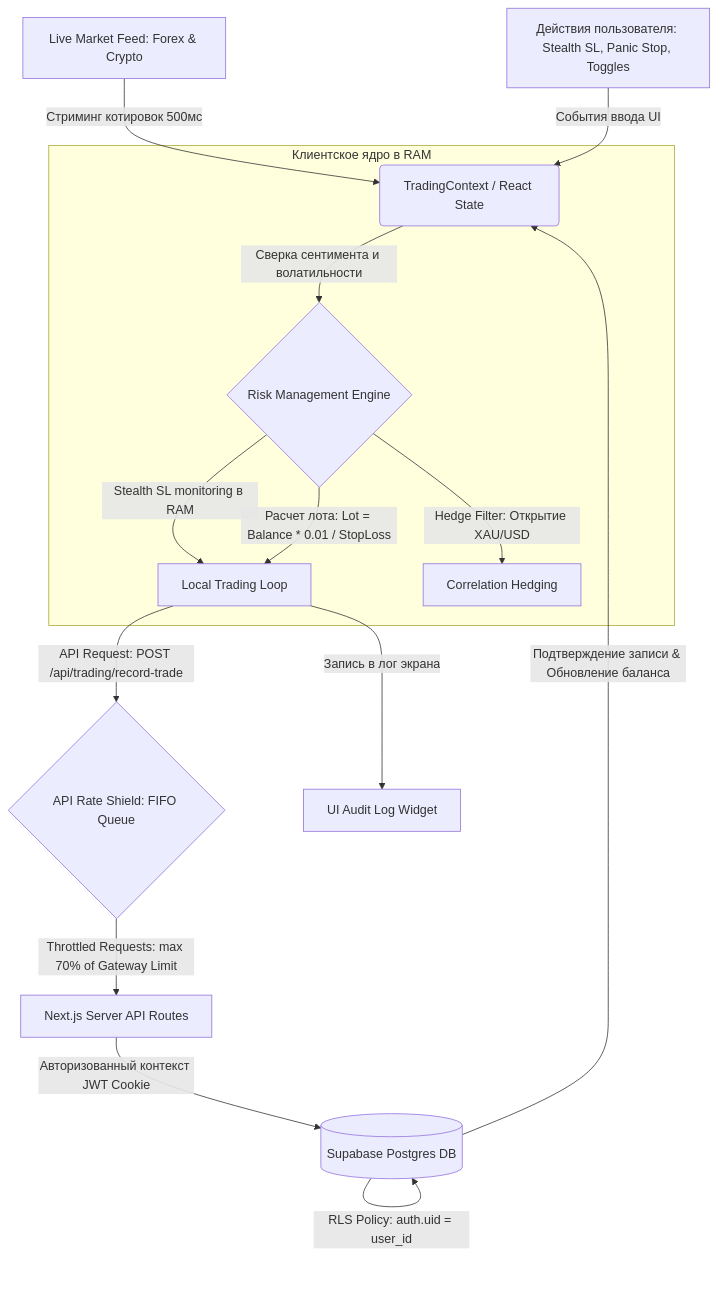
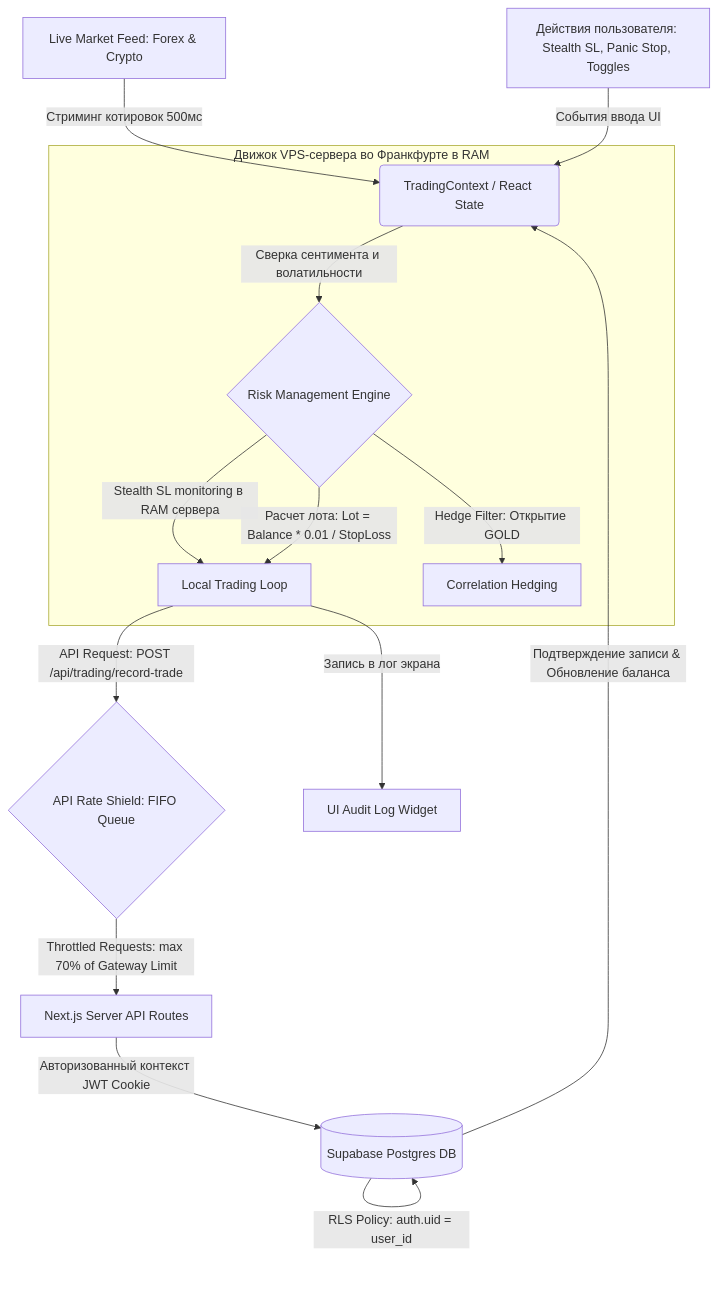
The diagram in specs/architecture/data-flow-spec.md (chcimint-afk/SafeTrade-Analytics), drawn with Mermaid before and after one commit. The commit also changed other lines of this file and 2 other files, not shown here.

Commit message:
docs: correct server-side VPS architecture, timezones, GOLD standardize and OPEC news sectors

````diff
--- a/specs/architecture/data-flow-spec.md
+++ b/specs/architecture/data-flow-spec.md
@@ -12,26 +12,26 @@
 ```mermaid
 graph TD
     %% Входные данные
     Feed[Live Market Feed: Forex & Crypto] -->|Стриминг котировок 500мс| UIContext(TradingContext / React State)
     UserAct[Действия пользователя: Stealth SL, Panic Stop, Toggles] -->|События ввода UI| UIContext
 
     %% Расчеты в RAM
-    subgraph ClientEngine [Клиентское ядро в RAM]
+    subgraph ServerEngine [Движок VPS-сервера во Франкфурте в RAM]
         UIContext -->|Сверка сентимента и волатильности| RiskCheck{Risk Management Engine}
-        RiskCheck -->|Stealth SL monitoring в RAM| TradeLoop[Local Trading Loop]
+        RiskCheck -->|Stealth SL monitoring в RAM сервера| TradeLoop[Local Trading Loop]
         RiskCheck -->|Расчет лота: Lot = Balance * 0.01 / StopLoss| TradeLoop
-        RiskCheck -->|Hedge Filter: Открытие XAU/USD| HedgeEngine[Correlation Hedging]
+        RiskCheck -->|Hedge Filter: Открытие GOLD| HedgeEngine[Correlation Hedging]
     end
 
     %% Шлюз API и Безопасность
     TradeLoop -->|API Request: POST /api/trading/record-trade| RateShield{API Rate Shield: FIFO Queue}
     RateShield -->|Throttled Requests: max 70% of Gateway Limit| NextAPI[Next.js Server API Routes]
     
     %% Сервер и База Данных
     NextAPI -->|Авторизованный контекст JWT Cookie| DB[(Supabase Postgres DB)]
     DB -->|RLS Policy: auth.uid = user_id| DB
     
     %% Обратная связь
     DB -->|Подтверждение записи & Обновление баланса| UIContext
     TradeLoop -->|Запись в лог экрана| AuditLog[UI Audit Log Widget]
 ```
````
